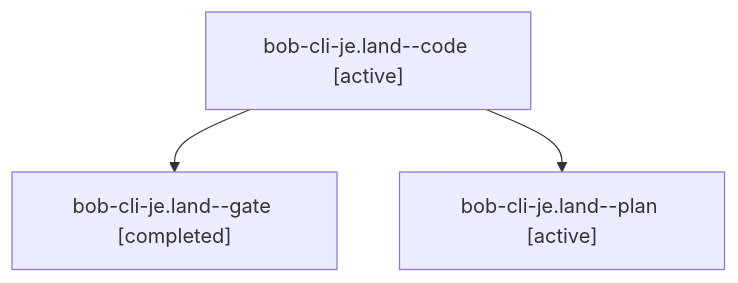
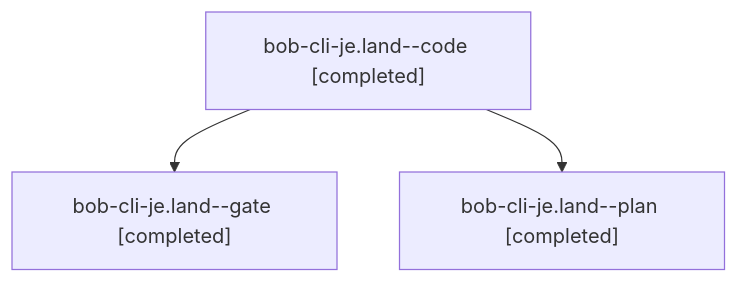
The diagram in sessions/bbugyi200.athena.bob-cli-je.land.md (bobs-org/bob-cli--agents), drawn with Mermaid before and after one commit. The commit also changed other lines of this file and 20 other files, not shown here.

````diff
--- a/sessions/bbugyi200.athena.bob-cli-je.land.md
+++ b/sessions/bbugyi200.athena.bob-cli-je.land.md
@@ -9,8 +9,8 @@
 ```mermaid
 flowchart TD
-  n0["bob-cli-je.land--code [active]"]
+  n0["bob-cli-je.land--code [completed]"]
   n1["bob-cli-je.land--gate [completed]"]
   n0 --> n1
-  n2["bob-cli-je.land--plan [active]"]
+  n2["bob-cli-je.land--plan [completed]"]
   n0 --> n2
 ```
````
